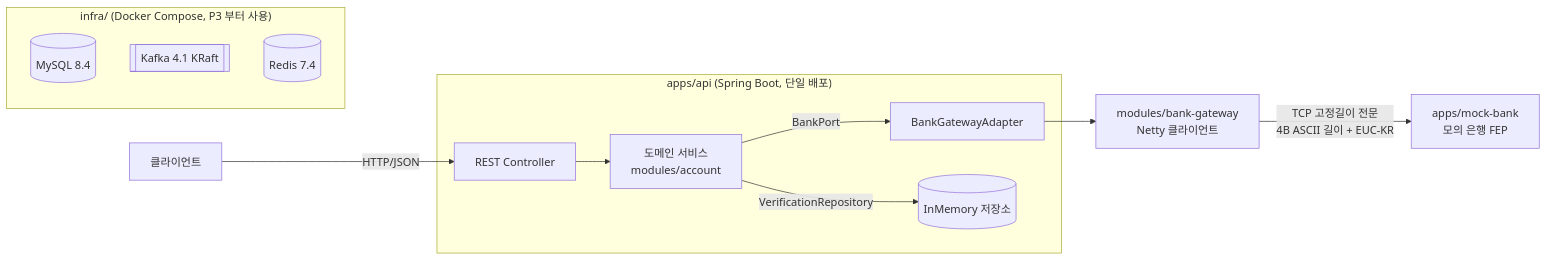
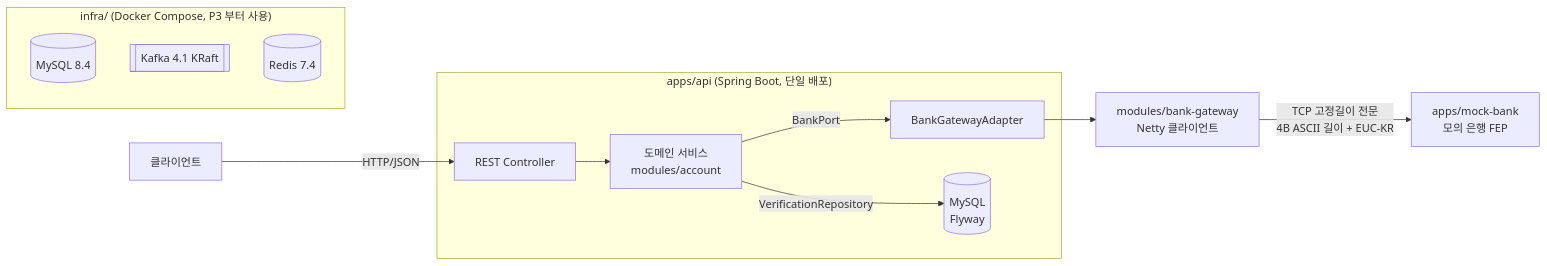
The first of 2 diagrams in ARCHITECTURE.md (hyeokjinON/bank-transfer), drawn with Mermaid before and after one commit. The commit also changed other lines of this file and 8 other files, not shown here.

````diff
--- a/ARCHITECTURE.md
+++ b/ARCHITECTURE.md
@@ -7,19 +7,19 @@
 ```mermaid
 flowchart LR
     C[클라이언트] -- "HTTP/JSON" --> API
 
     subgraph app ["apps/api (Spring Boot, 단일 배포)"]
         API[REST Controller] --> SVC[도메인 서비스<br/>modules/account]
         SVC -- "BankPort" --> ADP[BankGatewayAdapter]
-        SVC -- "VerificationRepository" --> REPO[(InMemory 저장소)]
+        SVC -- "VerificationRepository" --> REPO[(MySQL<br/>Flyway)]
     end
 
     ADP --> GW["modules/bank-gateway<br/>Netty 클라이언트"]
     GW -- "TCP 고정길이 전문<br/>4B ASCII 길이 + EUC-KR" --> BANK["apps/mock-bank<br/>모의 은행 FEP"]
 
     subgraph infra ["infra/ (Docker Compose, P3 부터 사용)"]
         MY[(MySQL 8.4)]
         KF[[Kafka 4.1 KRaft]]
         RD[(Redis 7.4)]
     end
 ```
````
